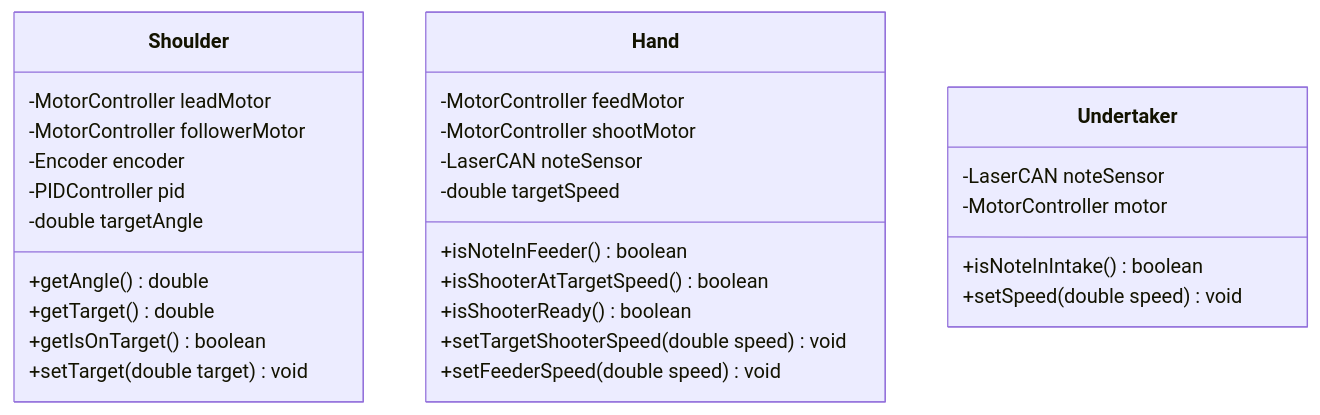
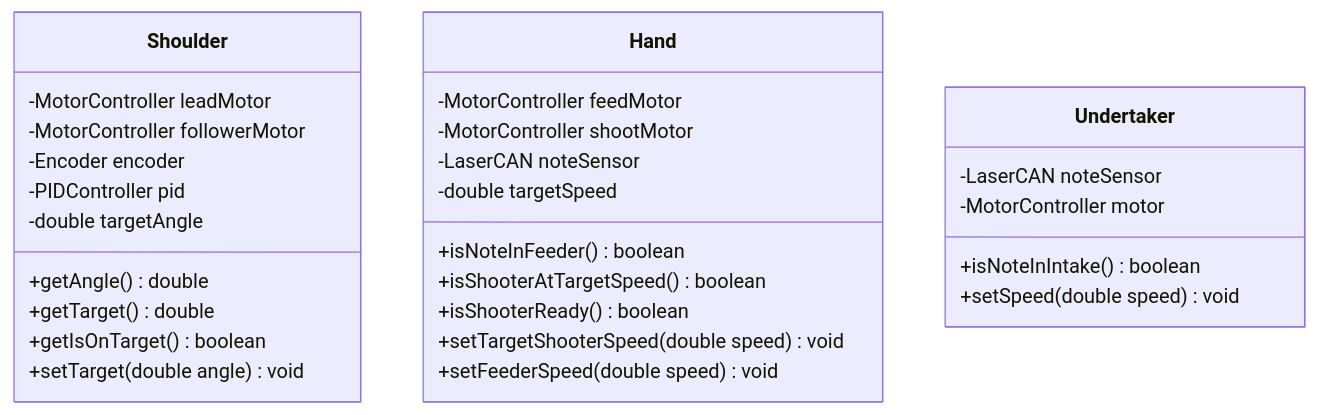
One commit to frc1675/frc1675-2024-general changed the diagram in design/V1/class-diagram.md. Above: the diagram before and after it, drawn with Mermaid.

Commit message:
Update design/V1/class-diagram.md for cr change

````diff
--- a/design/V1/class-diagram.md
+++ b/design/V1/class-diagram.md
@@ -1,40 +1,40 @@
 ```mermaid
 
 classDiagram
 
     class Shoulder {
         -MotorController leadMotor
         -MotorController followerMotor
         -Encoder encoder
         -PIDController pid
         -double targetAngle
 
         +getAngle() double
         +getTarget() double
         +getIsOnTarget() boolean
-        +setTarget(double target) void
+        +setTarget(double angle) void
     }
 
     class Hand {
         -MotorController feedMotor
         -MotorController shootMotor
         -LaserCAN noteSensor
         -double targetSpeed
 
         +isNoteInFeeder() boolean
         +isShooterAtTargetSpeed() boolean
         +isShooterReady() boolean
 
         +setTargetShooterSpeed(double speed) void
         +setFeederSpeed(double speed) void
     }
 
     class Undertaker {
         -LaserCAN noteSensor
         -MotorController motor
 
         +isNoteInIntake() boolean
         +setSpeed(double speed) void
     }
 
 ```
````
